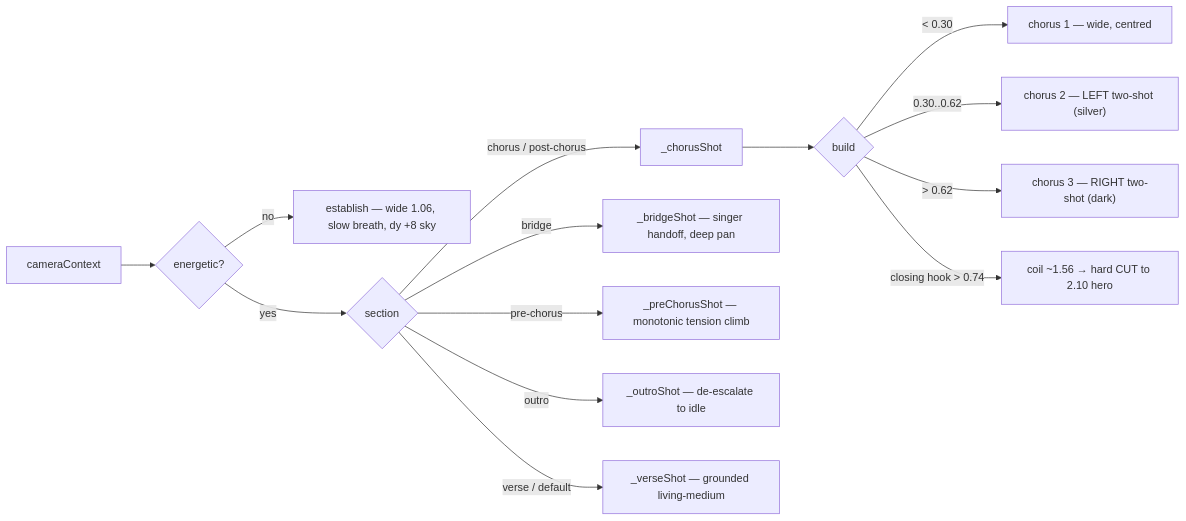
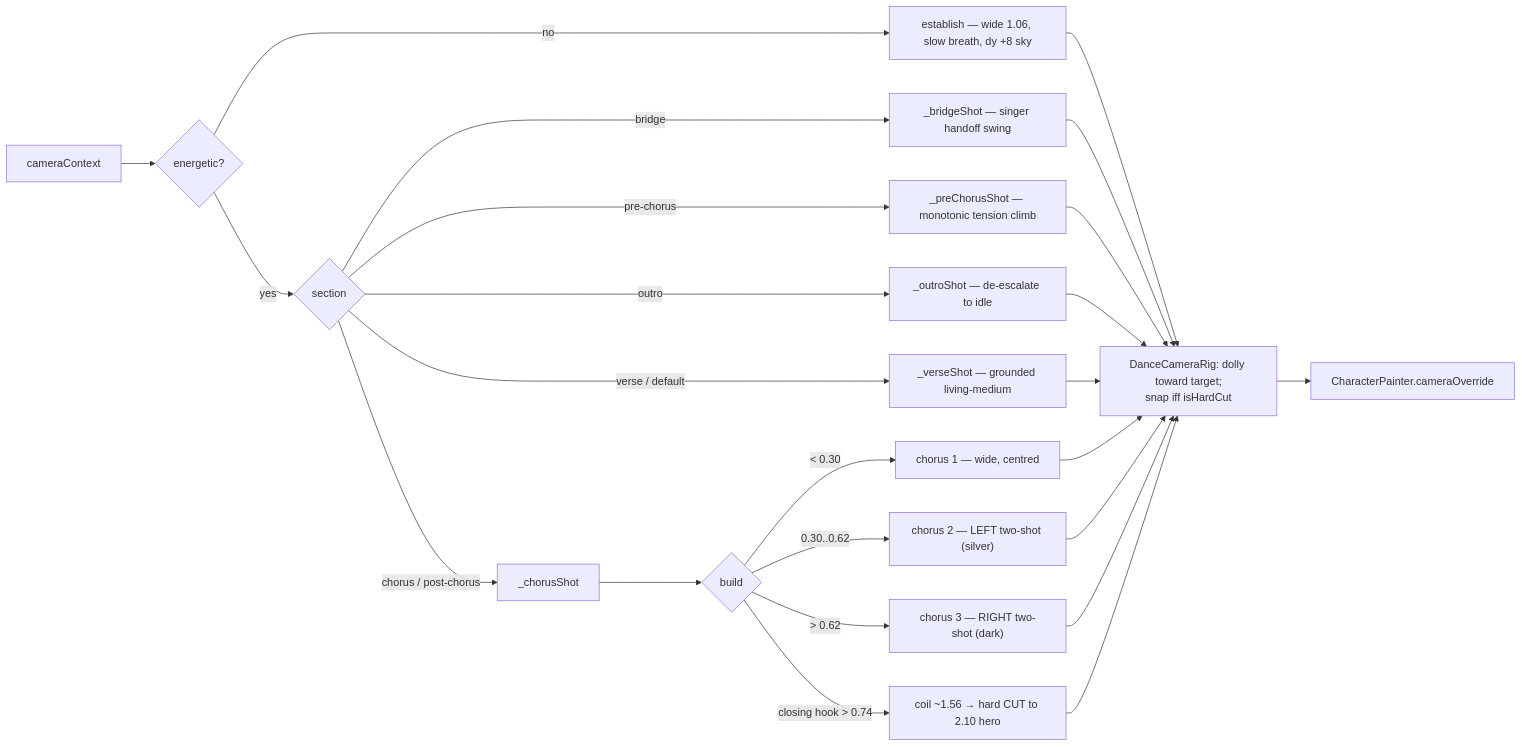
The fourth of 5 diagrams in lib/features/character/README.md (matthiasn/lotti), drawn with Mermaid before and after one commit. The commit also changed other lines of this file and 5 other files, not shown here.

````diff
--- a/lib/features/character/README.md
+++ b/lib/features/character/README.md
@@ -292,16 +302,19 @@
 ```mermaid
 flowchart LR
   ctx[cameraContext] --> energetic{energetic?}
   energetic -- no --> est["establish — wide 1.06, slow breath, dy +8 sky"]
   energetic -- yes --> sec{section}
   sec -- chorus / post-chorus --> ch[_chorusShot]
-  sec -- bridge --> br["_bridgeShot — singer handoff, deep pan"]
+  sec -- bridge --> br["_bridgeShot — singer handoff swing"]
   sec -- pre-chorus --> pc["_preChorusShot — monotonic tension climb"]
   sec -- outro --> ou["_outroShot — de-escalate to idle"]
   sec -- verse / default --> ve["_verseShot — grounded living-medium"]
   ch --> home{build}
   home -- "< 0.30" --> c1["chorus 1 — wide, centred"]
   home -- "0.30..0.62" --> c2["chorus 2 — LEFT two-shot (silver)"]
   home -- "> 0.62" --> c3["chorus 3 — RIGHT two-shot (dark)"]
   home -- "closing hook > 0.74" --> hero["coil ~1.56 → hard CUT to 2.10 hero"]
+  est & br & pc & ou & ve & c1 & c2 & c3 --> rig
+  hero --> rig["DanceCameraRig: dolly toward target;<br/>snap iff isHardCut"]
+  rig --> cam["CharacterPainter.cameraOverride"]
 ```
````
